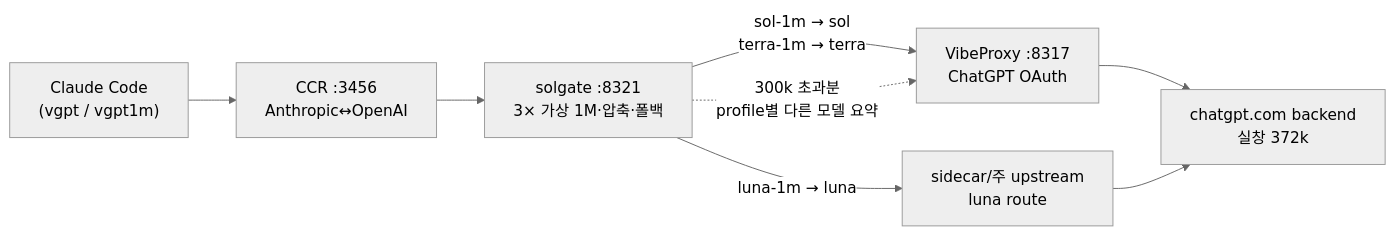
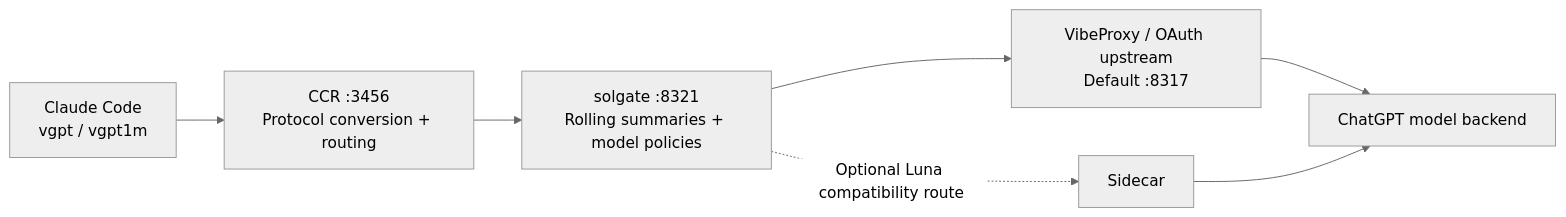
Before and after one commit to VoidLight00/solgate: the diagram in README.md, drawn with Mermaid (neutral theme). The commit also changed other lines of this file and 20 other files, not shown here.

````diff
--- a/README.md
+++ b/README.md
@@ -61,10 +81,9 @@
 ```mermaid
 flowchart LR
-  A["Claude Code<br/>(vgpt / vgpt1m)"] --> B["CCR :3456<br/>Anthropic↔OpenAI"]
-  B --> C["solgate :8321<br/>3× 가상 1M·압축·폴백"]
-  C -->|"sol-1m → sol<br/>terra-1m → terra"| D["VibeProxy :8317<br/>ChatGPT OAuth"]
-  C -->|"luna-1m → luna"| E["sidecar/주 upstream<br/>luna route"]
-  C -.->|"300k 초과분<br/>profile별 다른 모델 요약"| D
-  D --> F["chatgpt.com backend<br/>실창 372k"]
+  A["Claude Code<br/>vgpt / vgpt1m"] --> B["CCR :3456<br/>Protocol conversion + routing"]
+  B --> C["solgate :8321<br/>Rolling summaries + model policies"]
+  C --> D["VibeProxy / OAuth upstream<br/>Default :8317"]
+  C -. "Optional Luna compatibility route" .-> E["Sidecar"]
+  D --> F["ChatGPT model backend"]
   E --> F
 ```
````
